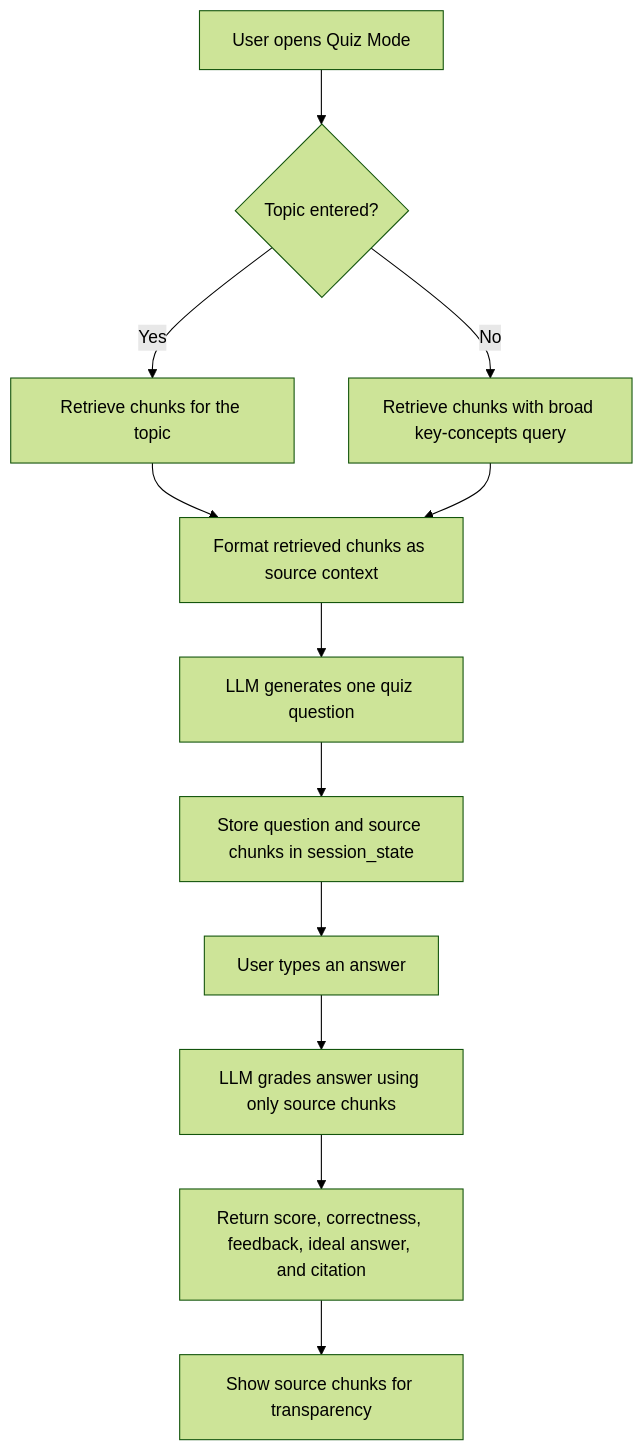
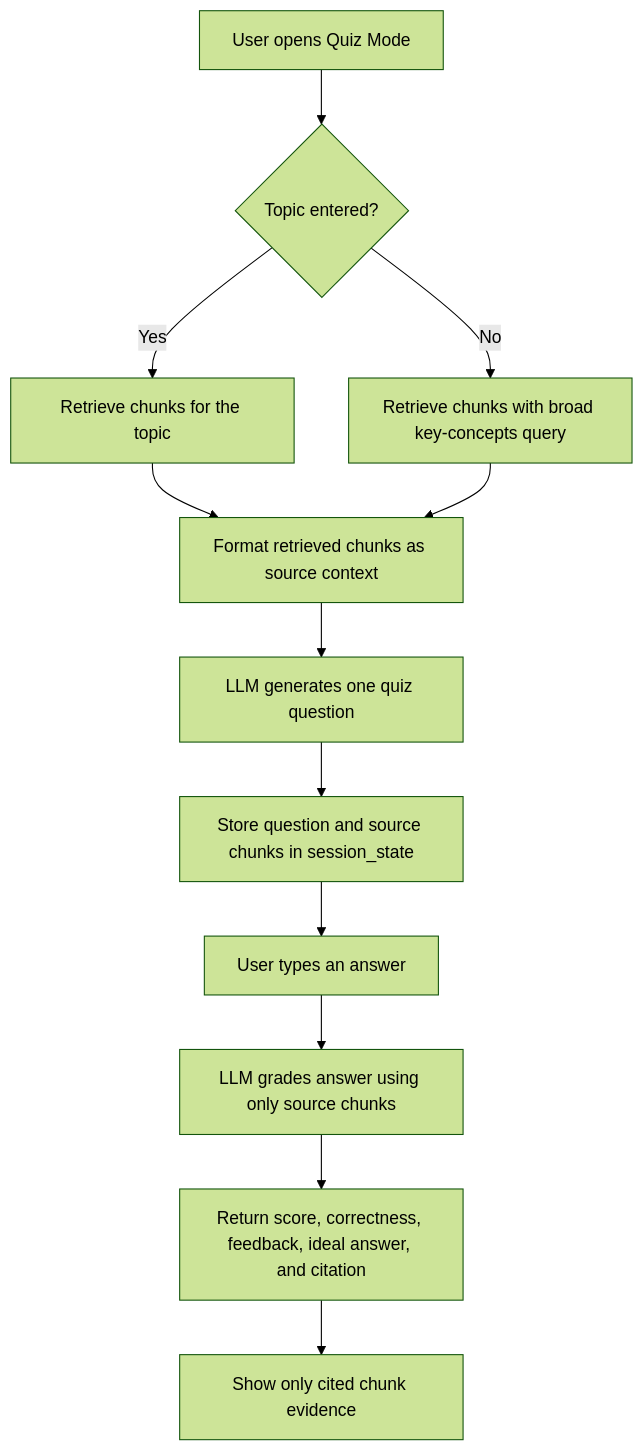
Before and after one commit to vdeeplearning/agentic-rag-tutor: the second of 2 diagrams in README.md, drawn with Mermaid (forest theme). The commit also changed other lines of this file and 5 other files, not shown here.

Commit message:
Improve cited evidence and documentation

````diff
--- a/README.md
+++ b/README.md
@@ -145,14 +200,14 @@
 ```mermaid
 flowchart TD
     A["User opens Quiz Mode"] --> B{"Topic entered?"}
     B -- "Yes" --> C["Retrieve chunks for the topic"]
     B -- "No" --> D["Retrieve chunks with broad key-concepts query"]
     C --> E["Format retrieved chunks as source context"]
     D --> E
     E --> F["LLM generates one quiz question"]
     F --> G["Store question and source chunks in session_state"]
     G --> H["User types an answer"]
     H --> I["LLM grades answer using only source chunks"]
     I --> J["Return score, correctness, feedback, ideal answer, and citation"]
-    J --> K["Show source chunks for transparency"]
+    J --> K["Show only cited chunk evidence"]
 ```
````
